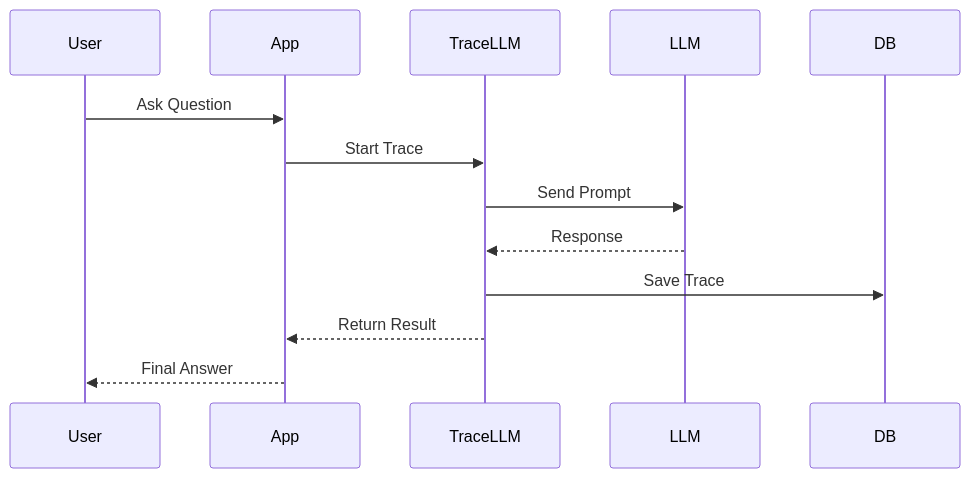
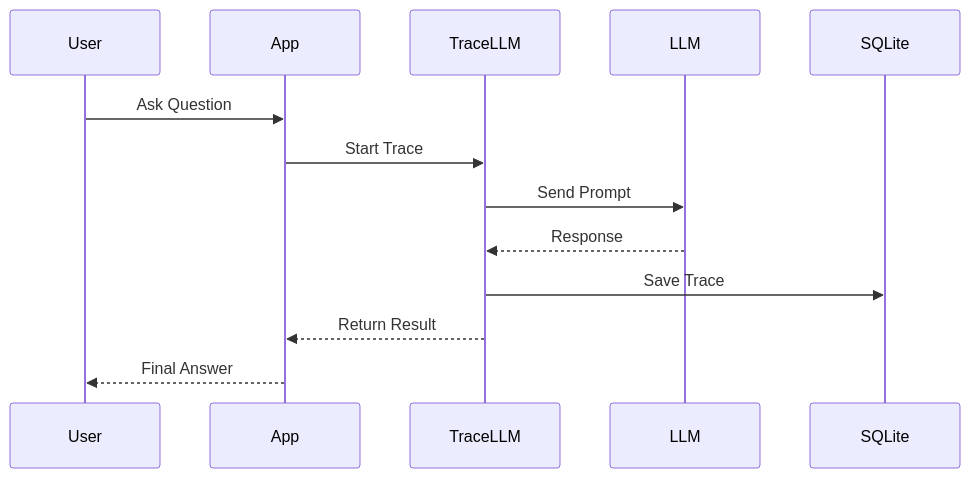
The second of 3 diagrams in README.md (avikcodes/traceLLM), drawn with Mermaid before and after one commit. The commit also changed other lines of this file, not shown here.

````diff
--- a/README.md
+++ b/README.md
@@ -135,23 +136,23 @@
 ```mermaid
 sequenceDiagram
 
 participant User
 participant App
 participant TraceLLM
 participant LLM
-participant DB
+participant SQLite
 
 User->>App: Ask Question
 
 App->>TraceLLM: Start Trace
 
 TraceLLM->>LLM: Send Prompt
 
 LLM-->>TraceLLM: Response
 
-TraceLLM->>DB: Save Trace
+TraceLLM->>SQLite: Save Trace
 
 TraceLLM-->>App: Return Result
 
 App-->>User: Final Answer
 ```
````
